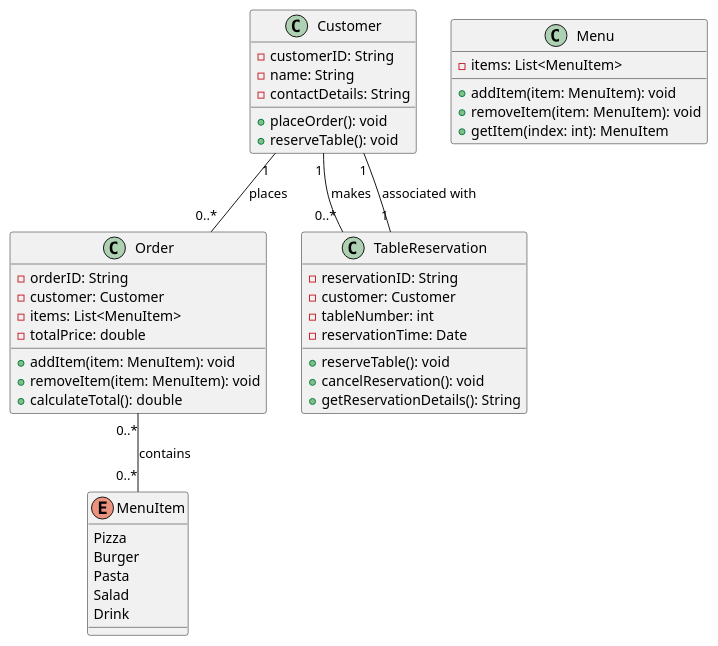
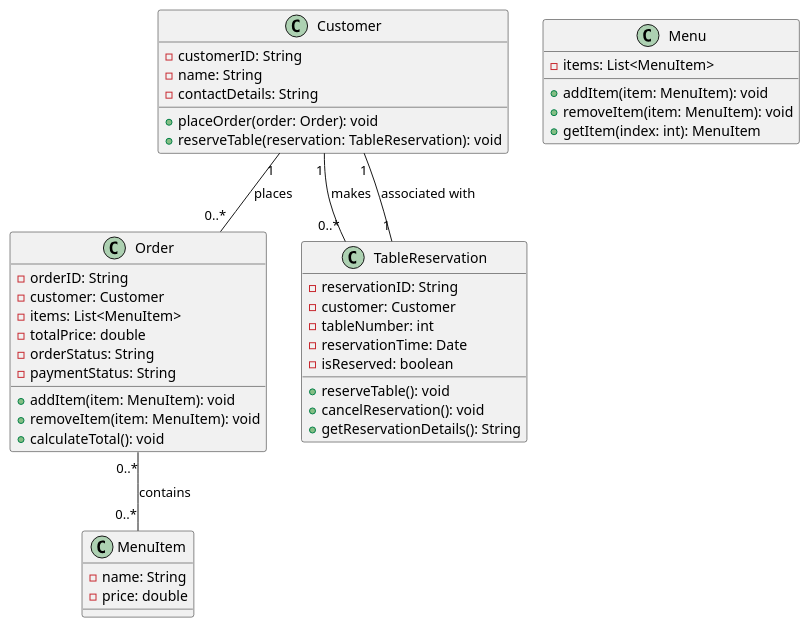
The diagram in Restaurant-project/UML/Restaurant-Management-System.wsd (Soksan369/Dart-Project), drawn with PlantUML before and after one commit. The commit also changed 3 other files, not shown here.

```diff
--- a/Restaurant-project/UML/Restaurant-Management-System.wsd
+++ b/Restaurant-project/UML/Restaurant-Management-System.wsd
@@ -1,51 +1,51 @@
 @startuml
 
-enum MenuItem {
-  Pizza
-  Burger
-  Pasta
-  Salad
-  Drink
+class MenuItem {
+  -name: String
+  -price: double
 }
 
 class Customer {
   -customerID: String
   -name: String
   -contactDetails: String
-  +placeOrder(): void
-  +reserveTable(): void
+  +placeOrder(order: Order): void
+  +reserveTable(reservation: TableReservation): void
 }
 
 class Menu {
   -items: List<MenuItem>
   +addItem(item: MenuItem): void
   +removeItem(item: MenuItem): void
   +getItem(index: int): MenuItem
 }
 
 class Order {
   -orderID: String
   -customer: Customer
   -items: List<MenuItem>
   -totalPrice: double
+  -orderStatus: String
+  -paymentStatus: String
   +addItem(item: MenuItem): void
   +removeItem(item: MenuItem): void
-  +calculateTotal(): double
+  +calculateTotal(): void
 }
 
 class TableReservation {
   -reservationID: String
   -customer: Customer
   -tableNumber: int
   -reservationTime: Date
+  -isReserved: boolean
   +reserveTable(): void
   +cancelReservation(): void
   +getReservationDetails(): String
 }
 
 Customer "1" -- "0..*" Order: places
 Customer "1" -- "0..*" TableReservation: makes
 Order "0..*" -- "0..*" MenuItem: contains
 TableReservation "1" -- "1" Customer: associated with
 
 @enduml
```
